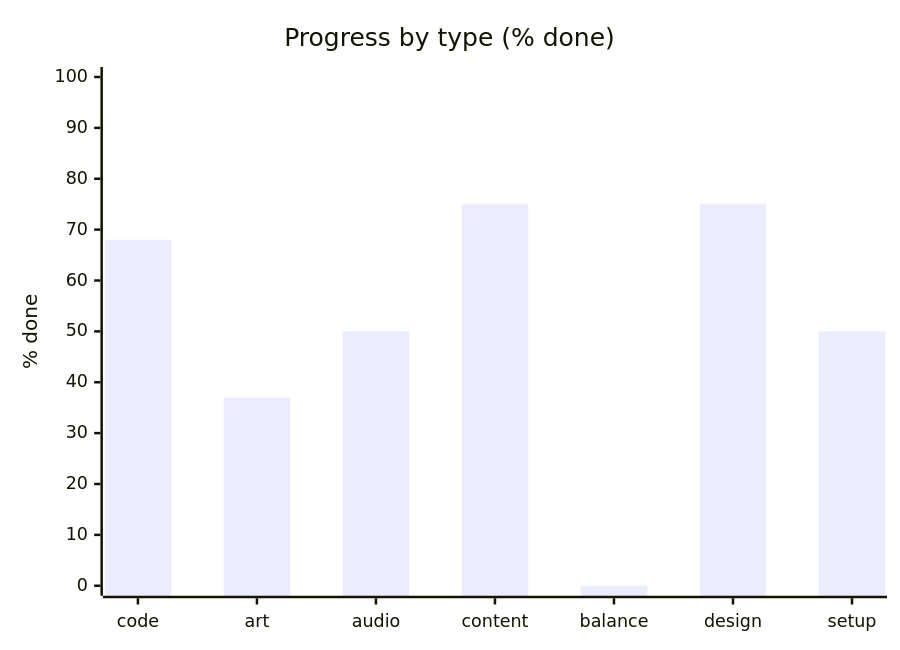
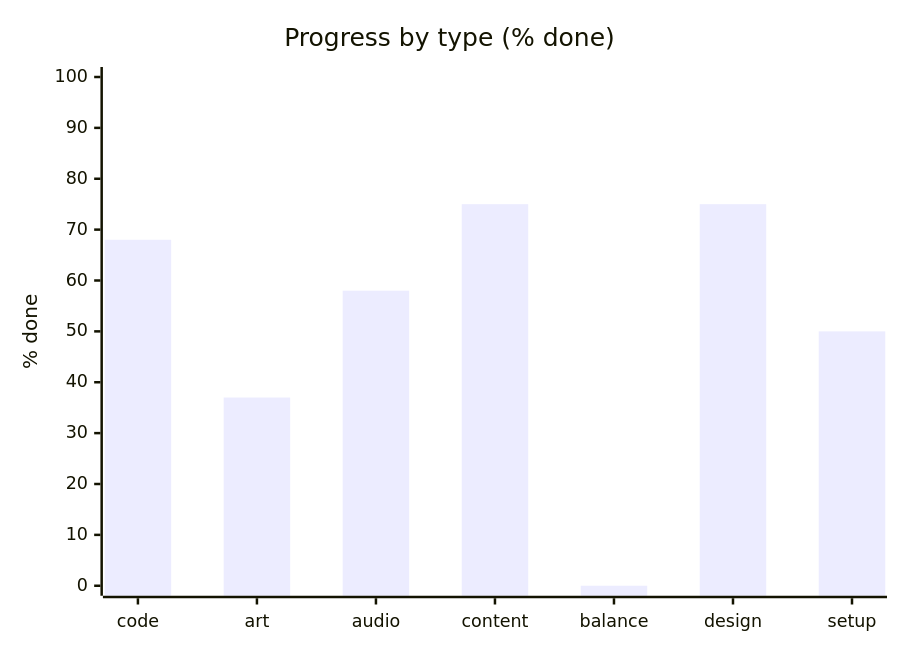
The second of 3 diagrams in STATUS.md (artemiiShabanov/RallyRivals), drawn with Mermaid before and after one commit. The commit also changed other lines of this file and 2 other files, not shown here.

````diff
--- a/STATUS.md
+++ b/STATUS.md
@@ -17,7 +17,7 @@
 ```mermaid
 xychart-beta
     title "Progress by type (% done)"
     x-axis ["code", "art", "audio", "content", "balance", "design", "setup"]
     y-axis "% done" 0 --> 100
-    bar [68, 37, 50, 75, 0, 75, 50]
+    bar [68, 37, 58, 75, 0, 75, 50]
 ```
````
